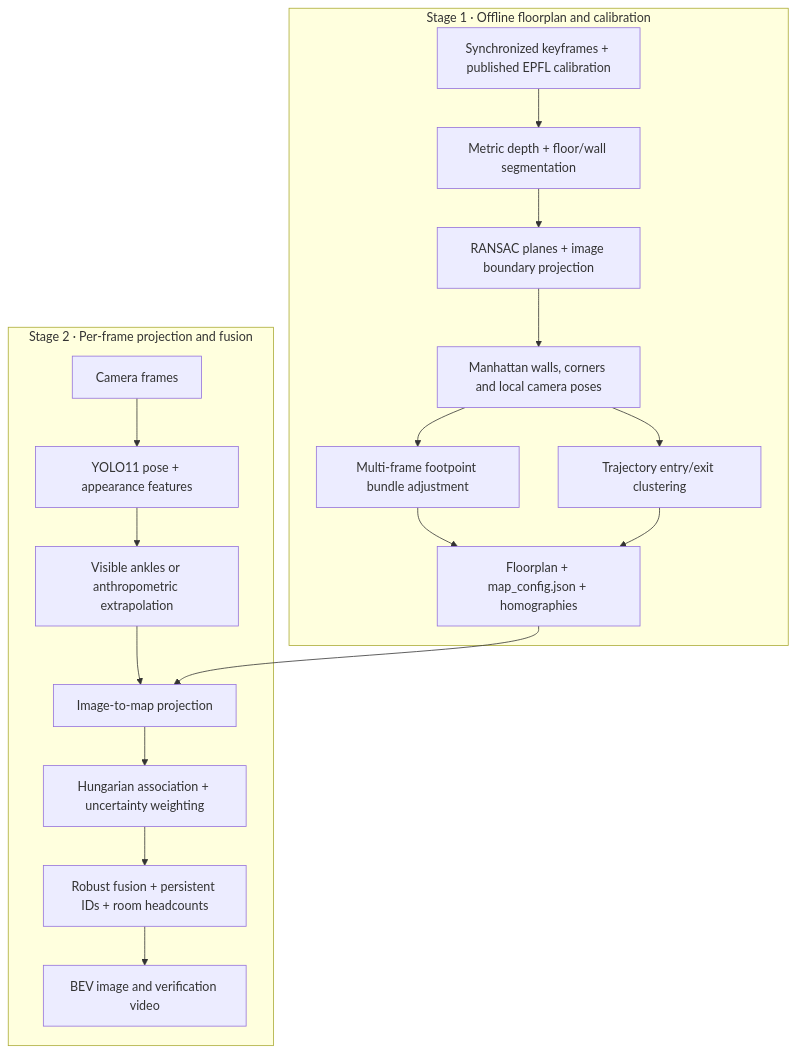
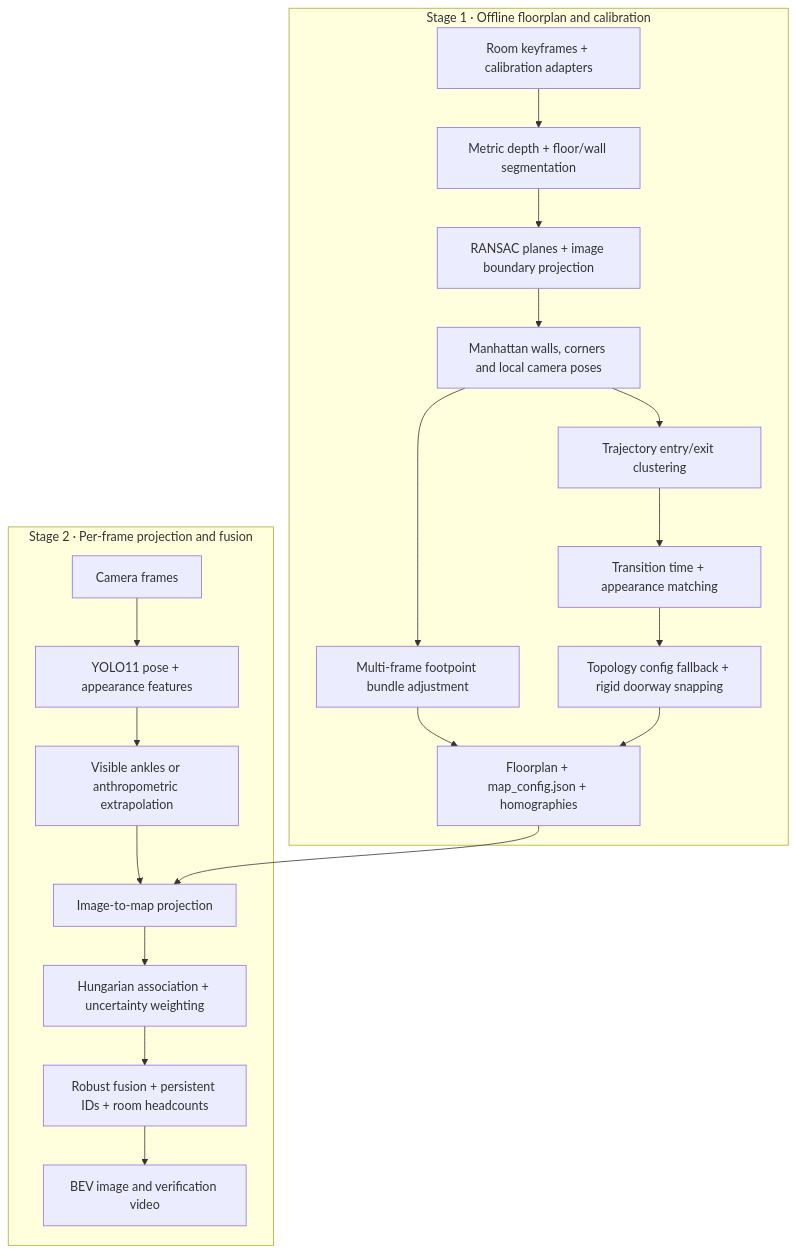
The diagram in README.md (khangkaka066/multicam-2d-floorplan-tracker), drawn with Mermaid before and after one commit. The commit also changed other lines of this file and 29 other files, not shown here.

Commit message:
Add trajectory-driven multi-room topology and core rectification

````diff
--- a/README.md
+++ b/README.md
@@ -24,21 +28,23 @@
 ```mermaid
 flowchart TD
     subgraph Offline["Stage 1 · Offline floorplan and calibration"]
-        A["Synchronized keyframes + published EPFL calibration"] --> B["Metric depth + floor/wall segmentation"]
+        A["Room keyframes + calibration adapters"] --> B["Metric depth + floor/wall segmentation"]
         B --> C["RANSAC planes + image boundary projection"]
         C --> D["Manhattan walls, corners and local camera poses"]
         D --> E["Multi-frame footpoint bundle adjustment"]
         E --> F["Floorplan + map_config.json + homographies"]
         D --> G["Trajectory entry/exit clustering"]
-        G --> F
+        G --> T["Transition time + appearance matching"]
+        T --> U["Topology config fallback + rigid doorway snapping"]
+        U --> F
     end
     subgraph Online["Stage 2 · Per-frame projection and fusion"]
         H["Camera frames"] --> I["YOLO11 pose + appearance features"]
         I --> J["Visible ankles or anthropometric extrapolation"]
         J --> K["Image-to-map projection"]
         F --> K
         K --> L["Hungarian association + uncertainty weighting"]
         L --> M["Robust fusion + persistent IDs + room headcounts"]
         M --> N["BEV image and verification video"]
     end
 ```
````
